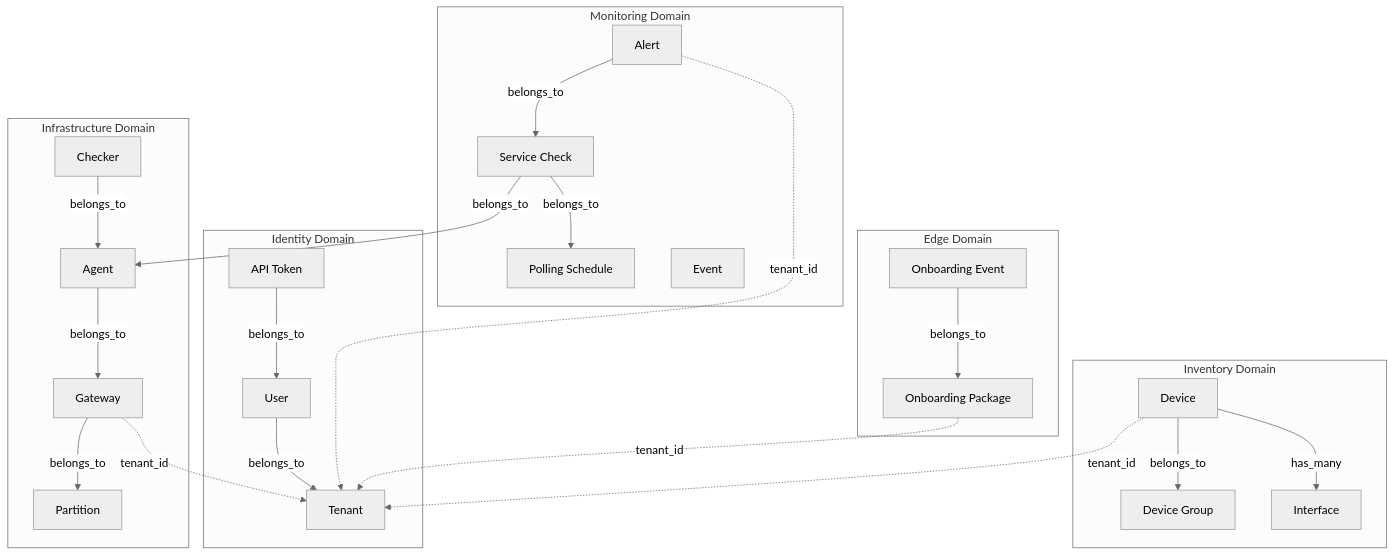
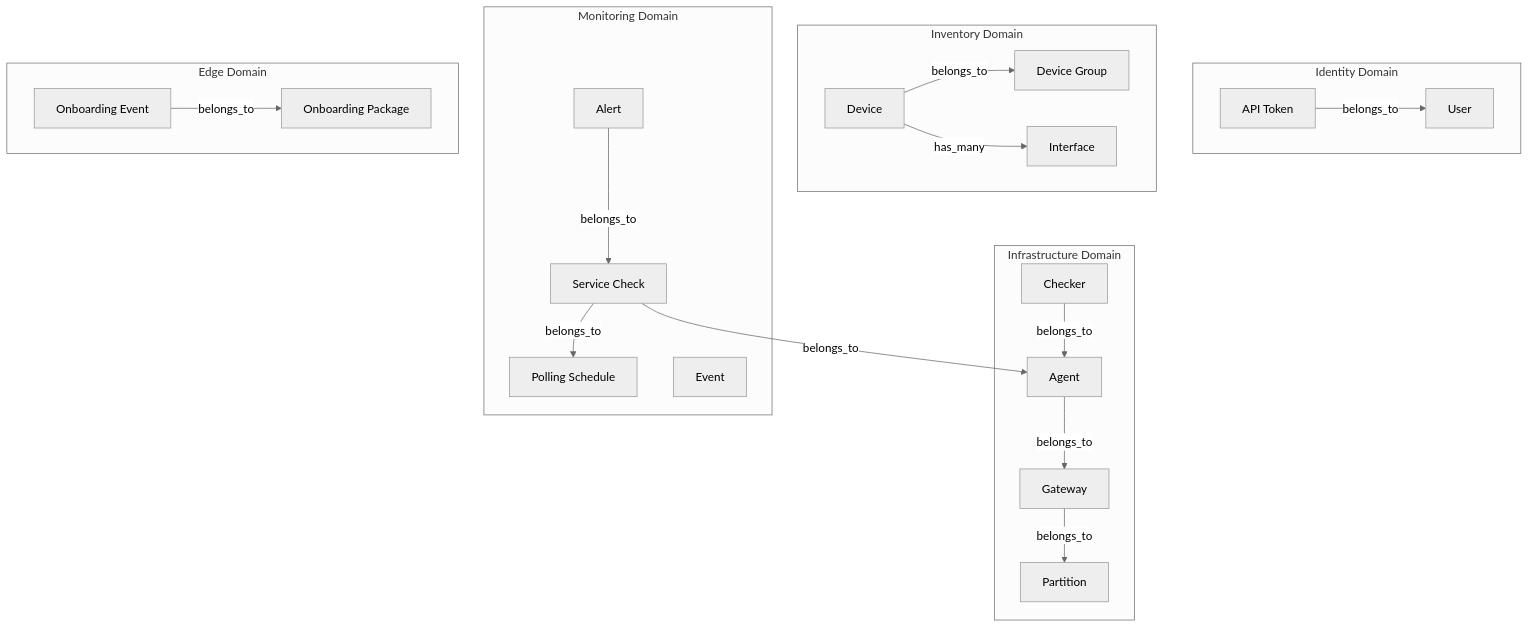
Before and after one commit to carverauto/serviceradar: the diagram in docs/docs/ash-domains.md, drawn with Mermaid (neutral theme). The commit also changed other lines of this file and 4257 other files, not shown here.

````diff
--- a/docs/docs/ash-domains.md
+++ b/docs/docs/ash-domains.md
@@ -12,50 +12,43 @@
 ```mermaid
 graph TB
     subgraph Identity["Identity Domain"]
-        Tenant[Tenant]
         User[User]
         ApiToken[API Token]
-        User -->|belongs_to| Tenant
         ApiToken -->|belongs_to| User
     end
 
     subgraph Inventory["Inventory Domain"]
         Device[Device]
         DeviceGroup[Device Group]
         Interface[Interface]
         Device -->|belongs_to| DeviceGroup
         Device -->|has_many| Interface
     end
 
     subgraph Infrastructure["Infrastructure Domain"]
         Partition[Partition]
         Gateway[Gateway]
         Agent[Agent]
         Checker[Checker]
         Gateway -->|belongs_to| Partition
         Agent -->|belongs_to| Gateway
         Checker -->|belongs_to| Agent
     end
 
     subgraph Monitoring["Monitoring Domain"]
         PollingSchedule[Polling Schedule]
         ServiceCheck[Service Check]
         Alert[Alert]
         Event[Event]
         ServiceCheck -->|belongs_to| PollingSchedule
         ServiceCheck -->|belongs_to| Agent
         Alert -->|belongs_to| ServiceCheck
     end
 
     subgraph Edge["Edge Domain"]
         OnboardingPackage[Onboarding Package]
         OnboardingEvent[Onboarding Event]
         OnboardingEvent -->|belongs_to| OnboardingPackage
     end
 
-    %% Cross-domain relationships
-    Device -.->|tenant_id| Tenant
-    Gateway -.->|tenant_id| Tenant
-    Alert -.->|tenant_id| Tenant
-    OnboardingPackage -.->|tenant_id| Tenant
 ```
````
